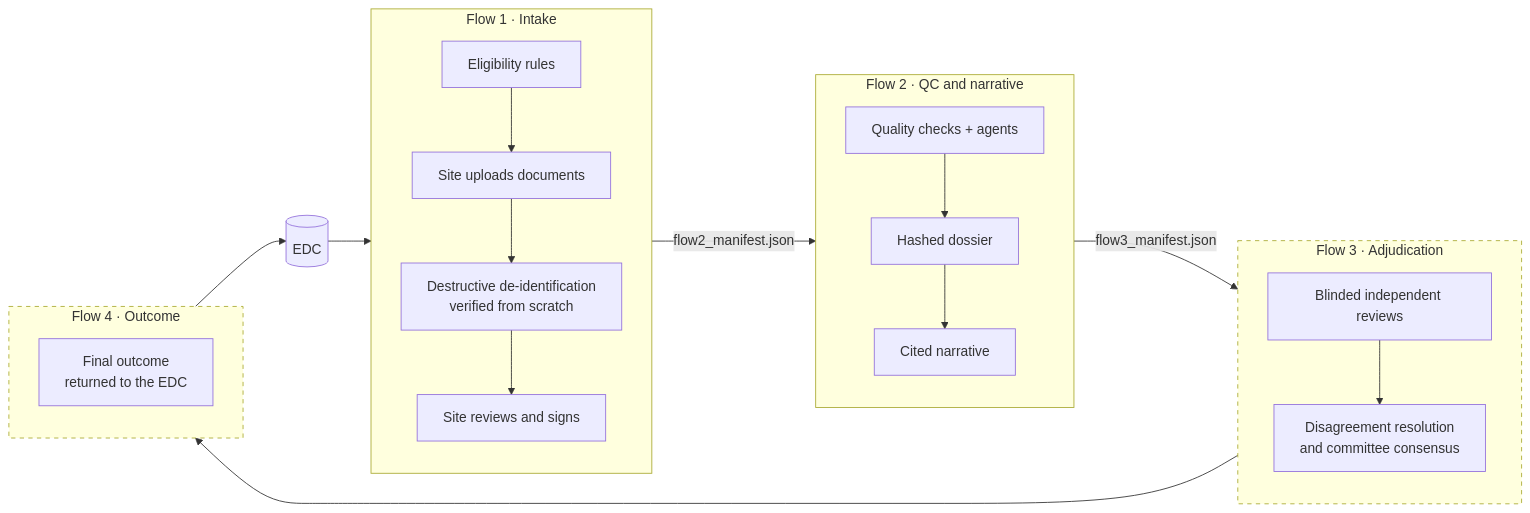
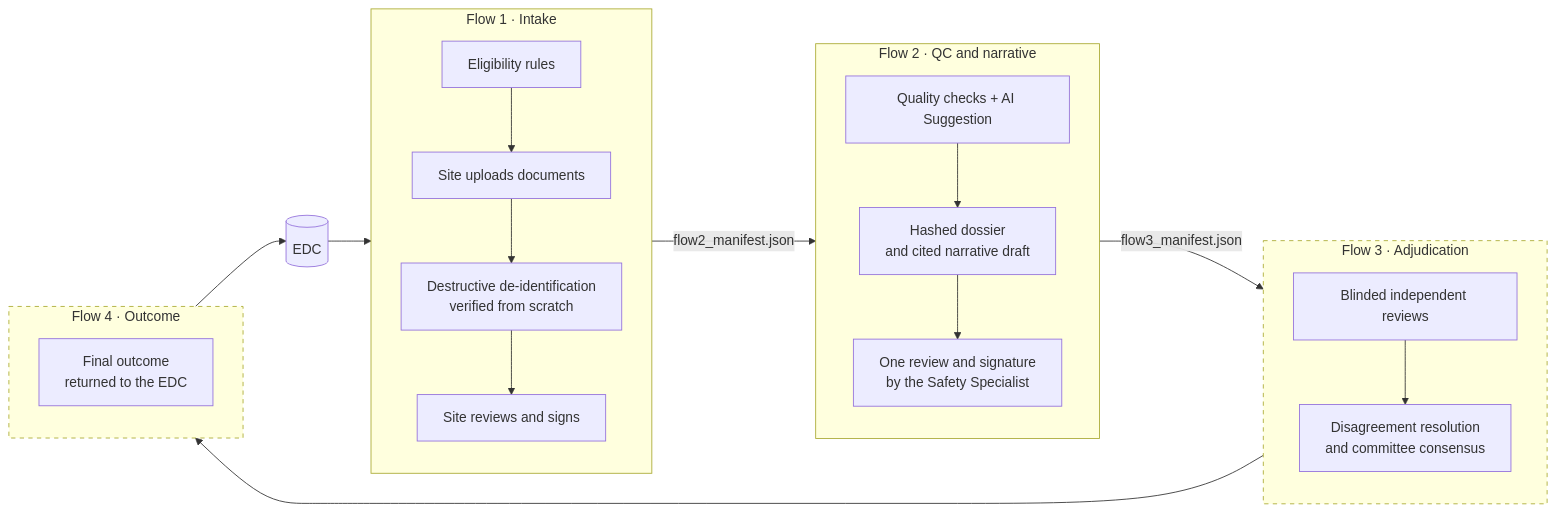
One commit to juyal-devashish/Agentic-Adjudication changed the first of 3 diagrams in README.md. Above: the diagram before and after it, drawn with Mermaid. The commit also changed 14 other files, not shown here.

````diff
--- a/README.md
+++ b/README.md
@@ -42,28 +42,28 @@
 ```mermaid
 flowchart LR
     EDC[(EDC)] --> F1
     subgraph F1 [Flow 1 · Intake]
         direction TB
         A1[Eligibility rules] --> A2[Site uploads documents]
         A2 --> A3[Destructive de-identification<br/>verified from scratch]
         A3 --> A4[Site reviews and signs]
     end
     subgraph F2 [Flow 2 · QC and narrative]
         direction TB
-        B1[Quality checks + agents] --> B2[Hashed dossier]
-        B2 --> B3[Cited narrative]
+        B1[Quality checks + AI Suggestion] --> B2[Hashed dossier<br/>and cited narrative draft]
+        B2 --> B3[One review and signature<br/>by the Safety Specialist]
     end
     subgraph F3 [Flow 3 · Adjudication]
         direction TB
         C1[Blinded independent reviews] --> C2[Disagreement resolution<br/>and committee consensus]
     end
     subgraph F4 [Flow 4 · Outcome]
         D1[Final outcome<br/>returned to the EDC]
     end
     F1 -- flow2_manifest.json --> F2
     F2 -- flow3_manifest.json --> F3
     F3 --> F4
     F4 --> EDC
     style F3 stroke-dasharray: 5 5
     style F4 stroke-dasharray: 5 5
 ```
````
